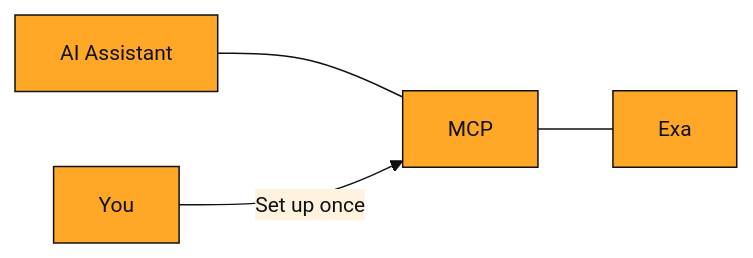
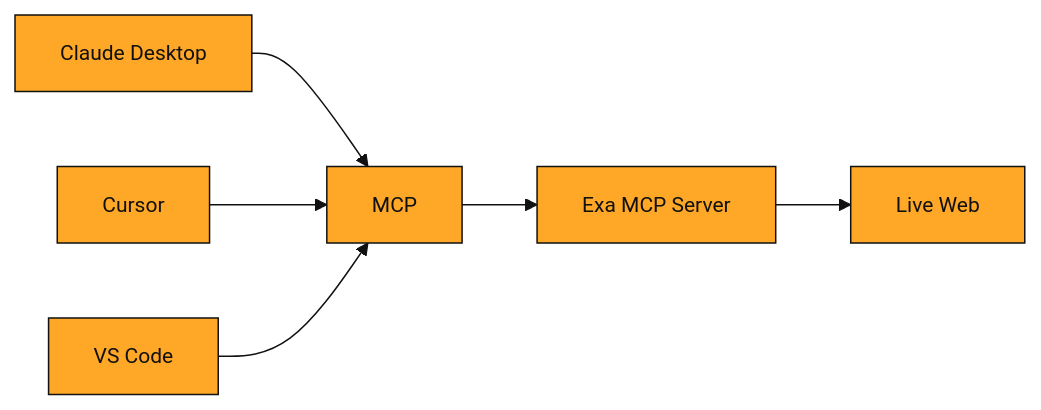
One commit to The-Web3-Compass/Stack-courses changed the diagram in exa-a-beginner-s-guide-to-search-api-beginner/lesson-03.md. Above: the diagram before and after it, drawn with Mermaid. The commit also changed other lines of this file and 58 other files, not shown here.

````diff
--- a/exa-a-beginner-s-guide-to-search-api-beginner/lesson-03.md
+++ b/exa-a-beginner-s-guide-to-search-api-beginner/lesson-03.md
@@ -24,7 +30,9 @@
 ```mermaid
 %%{init: {'theme':'base','themeVariables':{'primaryColor':'#FFA726','primaryTextColor':'#111111','primaryBorderColor':'#111111','lineColor':'#111111','secondaryColor':'#FFF3E0','secondaryTextColor':'#111111','secondaryBorderColor':'#111111','tertiaryColor':'#FFFFFF','tertiaryTextColor':'#111111','tertiaryBorderColor':'#111111','fontFamily':'Inter, ui-sans-serif, system-ui, sans-serif','fontSize':'14px'}}}%%
 flowchart LR
-    A[AI Assistant] --- M[MCP]
-    M --- E[Exa]
-    U[You] -->|Set up once| M
+    A[Claude Desktop] --> M[MCP]
+    B[Cursor] --> M
+    C[VS Code] --> M
+    M --> E[Exa MCP Server]
+    E --> W[Live Web]
 ```
````
